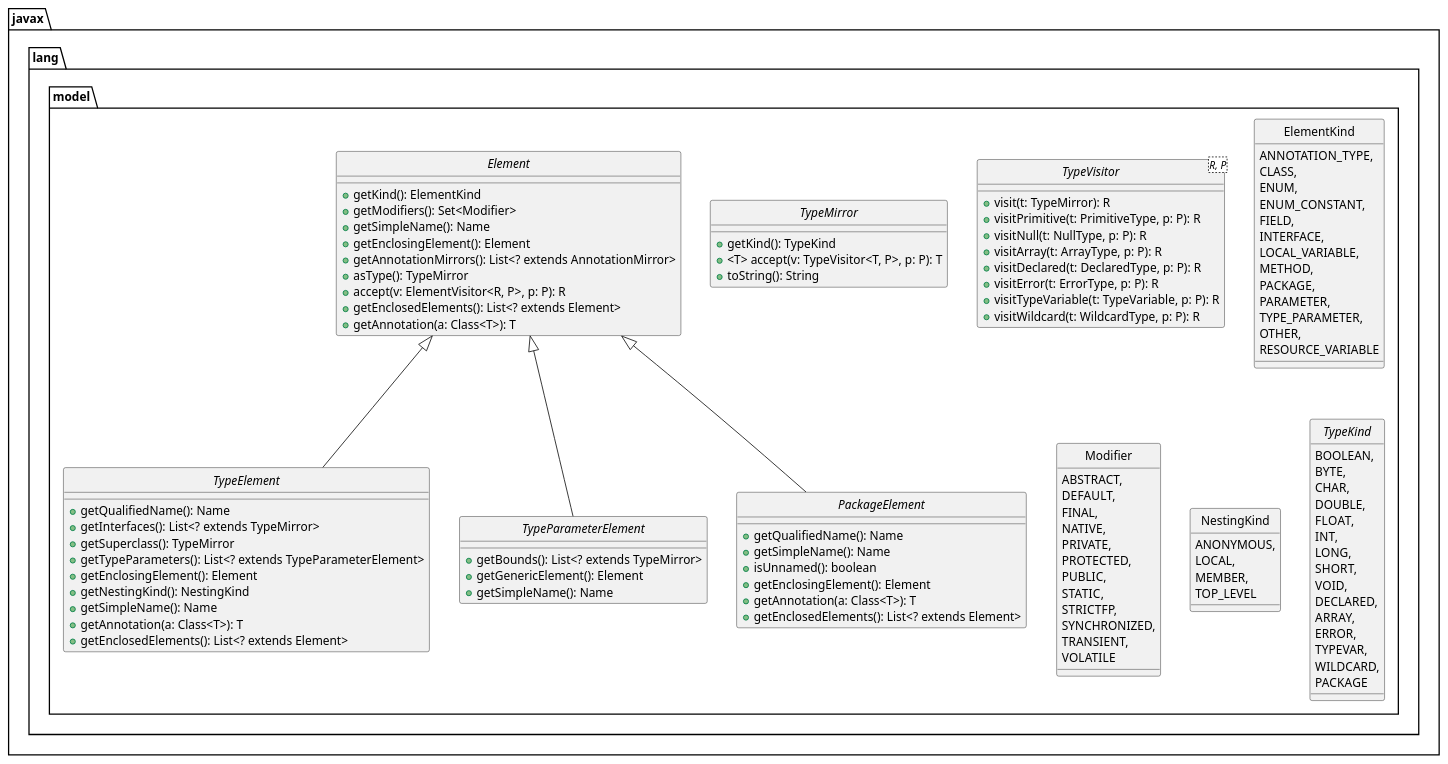
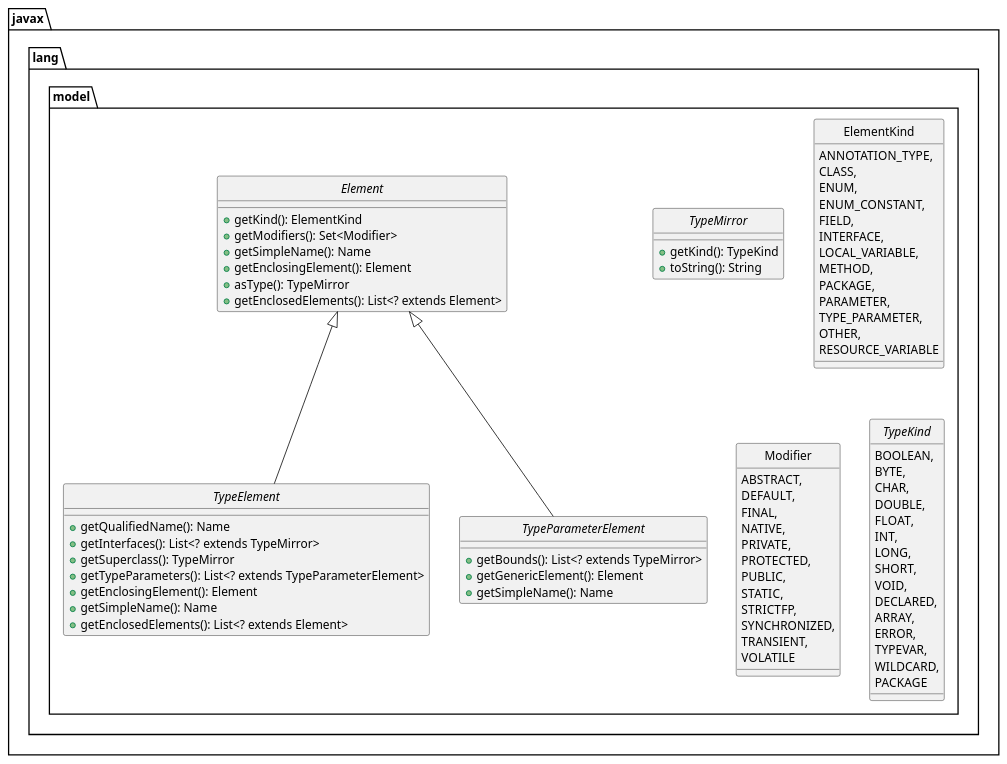
One commit to raphelSct/PUMLFromJavaAPI changed the diagram in uml/DCC_Element.puml. Above: the diagram before and after it, drawn with PlantUML. The commit also changed 45 other files, not shown here.

```diff
--- a/uml/DCC_Element.puml
+++ b/uml/DCC_Element.puml
@@ -1,108 +1,82 @@
 @startuml
 skinparam style strictuml
 
 package javax.lang.model {
     interface Element {
         + getKind(): ElementKind
         + getModifiers(): Set<Modifier>
         + getSimpleName(): Name
         + getEnclosingElement(): Element
-        + getAnnotationMirrors(): List<? extends AnnotationMirror>
         + asType(): TypeMirror
-        + accept(v: ElementVisitor<R, P>, p: P): R
         + getEnclosedElements(): List<? extends Element>
-        + getAnnotation(a: Class<T>): T
+
     }
     interface TypeMirror {
         + getKind(): TypeKind
-        + <T> accept(v: TypeVisitor<T, P>, p: P): T
         + toString(): String
     }
-    interface TypeVisitor<R, P> {
-        + visit(t: TypeMirror): R
-        + visitPrimitive(t: PrimitiveType, p: P): R
-        + visitNull(t: NullType, p: P): R
-        + visitArray(t: ArrayType, p: P): R
-        + visitDeclared(t: DeclaredType, p: P): R
-        + visitError(t: ErrorType, p: P): R
-        + visitTypeVariable(t: TypeVariable, p: P): R
-        + visitWildcard(t: WildcardType, p: P): R
-    }
+
     interface TypeElement extends Element {
         + getQualifiedName(): Name
         + getInterfaces(): List<? extends TypeMirror>
         + getSuperclass(): TypeMirror
         + getTypeParameters(): List<? extends TypeParameterElement>
         + getEnclosingElement(): Element
-        + getNestingKind(): NestingKind
         + getSimpleName(): Name
-        + getAnnotation(a: Class<T>): T
         + getEnclosedElements(): List<? extends Element>
     }
     interface TypeParameterElement extends Element {
         + getBounds(): List<? extends TypeMirror>
         + getGenericElement(): Element
         + getSimpleName(): Name
     }
+
     enum ElementKind {
         ANNOTATION_TYPE,
         CLASS,
         ENUM,
         ENUM_CONSTANT,
         FIELD,
         INTERFACE,
         LOCAL_VARIABLE,
         METHOD,
         PACKAGE,
         PARAMETER,
         TYPE_PARAMETER,
         OTHER,
         RESOURCE_VARIABLE
     }
     enum Modifier {
         ABSTRACT,
         DEFAULT,
         FINAL,
         NATIVE,
         PRIVATE,
         PROTECTED,
         PUBLIC,
         STATIC,
         STRICTFP,
         SYNCHRONIZED,
         TRANSIENT,
         VOLATILE
     }
-    enum NestingKind {
-        ANONYMOUS,
-        LOCAL,
-        MEMBER,
-        TOP_LEVEL
-    }
     interface TypeKind {
         BOOLEAN,
         BYTE,
         CHAR,
         DOUBLE,
         FLOAT,
         INT,
         LONG,
         SHORT,
         VOID,
         DECLARED,
         ARRAY,
         ERROR,
         TYPEVAR,
         WILDCARD,
         PACKAGE
     }
-    interface PackageElement extends Element {
-        + getQualifiedName(): Name
-        + getSimpleName(): Name
-        + isUnnamed(): boolean
-        + getEnclosingElement(): Element
-        + getAnnotation(a: Class<T>): T
-        + getEnclosedElements(): List<? extends Element>
-    }
+
 
 @enduml
```
